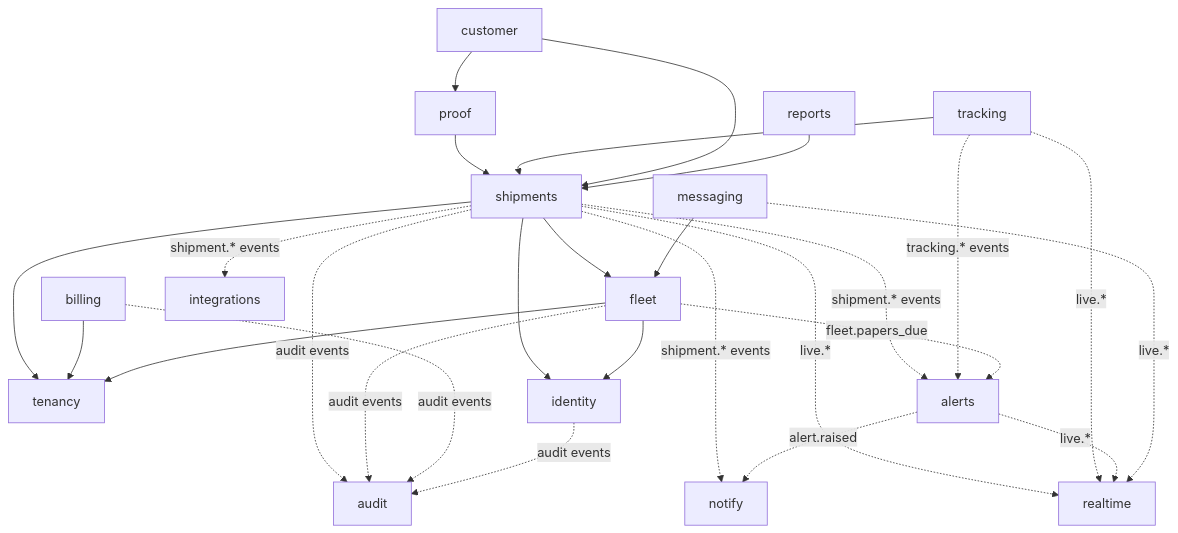
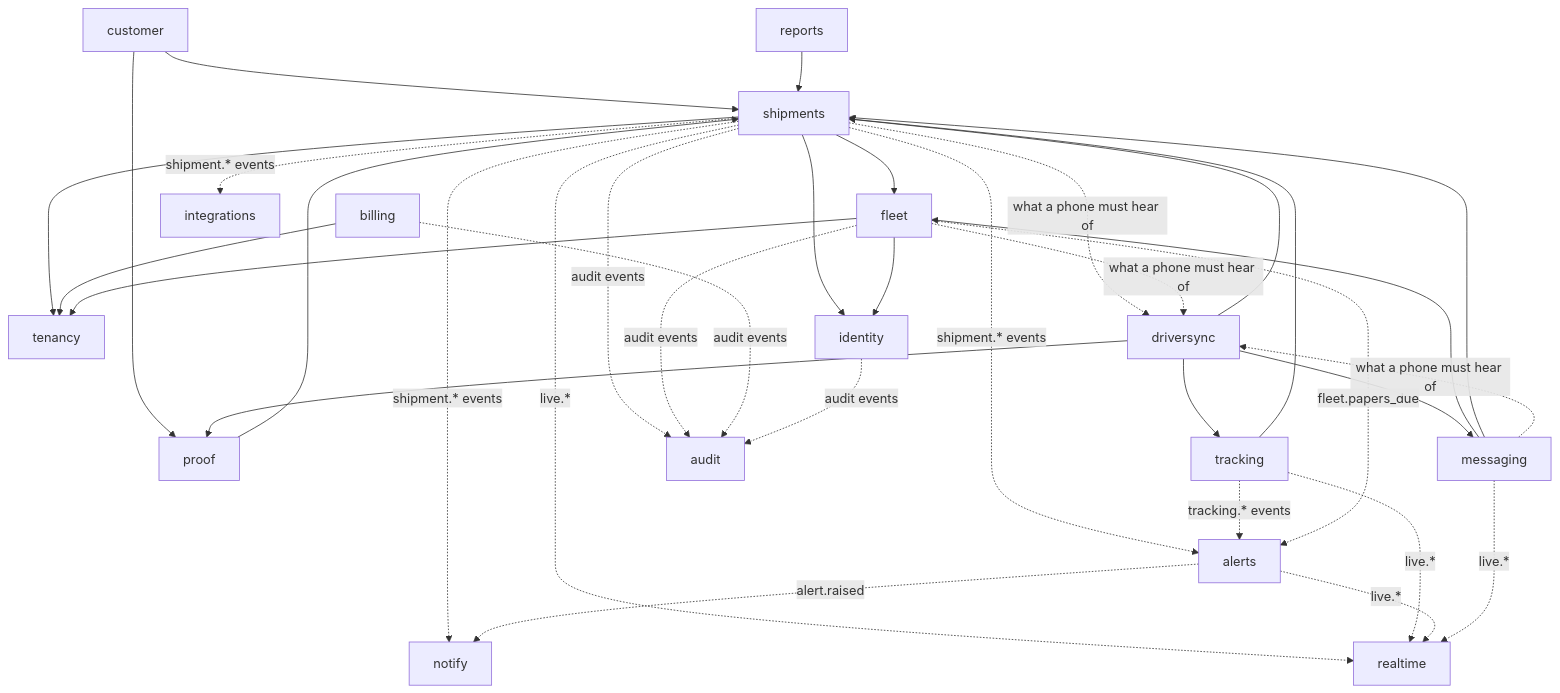
Before and after one commit to Kiflet/backend: the fourth of 11 diagrams in docs/architecture.md, drawn with Mermaid. The commit also changed other lines of this file and 19 other files, not shown here.

````diff
--- a/docs/architecture.md
+++ b/docs/architecture.md
@@ -255,24 +262,30 @@
 ```mermaid
 flowchart TD
   SH[shipments] --> FL[fleet]
   SH --> TN[tenancy]
   SH --> ID[identity]
   PD[proof] --> SH
   TR[tracking] --> SH
   CU[customer] --> SH
   CU --> PD
   RP[reports] --> SH
   BL[billing] --> TN
   FL --> TN
   FL --> ID
   MS[messaging] --> FL
+  MS --> SH
+  DS[driversync] --> SH
+  DS --> PD
+  DS --> TR
+  DS --> MS
 
   SH -. "shipment.* events" .-> AL[alerts]
   TR -. "tracking.* events" .-> AL
   FL -. "fleet.papers_due" .-> AL
   SH -. "shipment.* events" .-> NT[notify]
   AL -. "alert.raised" .-> NT
   SH -. "shipment.* events" .-> IN[integrations]
+  SH & MS & FL -. "what a phone must hear of" .-> DS
   SH & TR & AL & MS -. "live.*" .-> RTG[realtime]
   SH & FL & BL & ID -. "audit events" .-> AU[audit]
 ```
````
